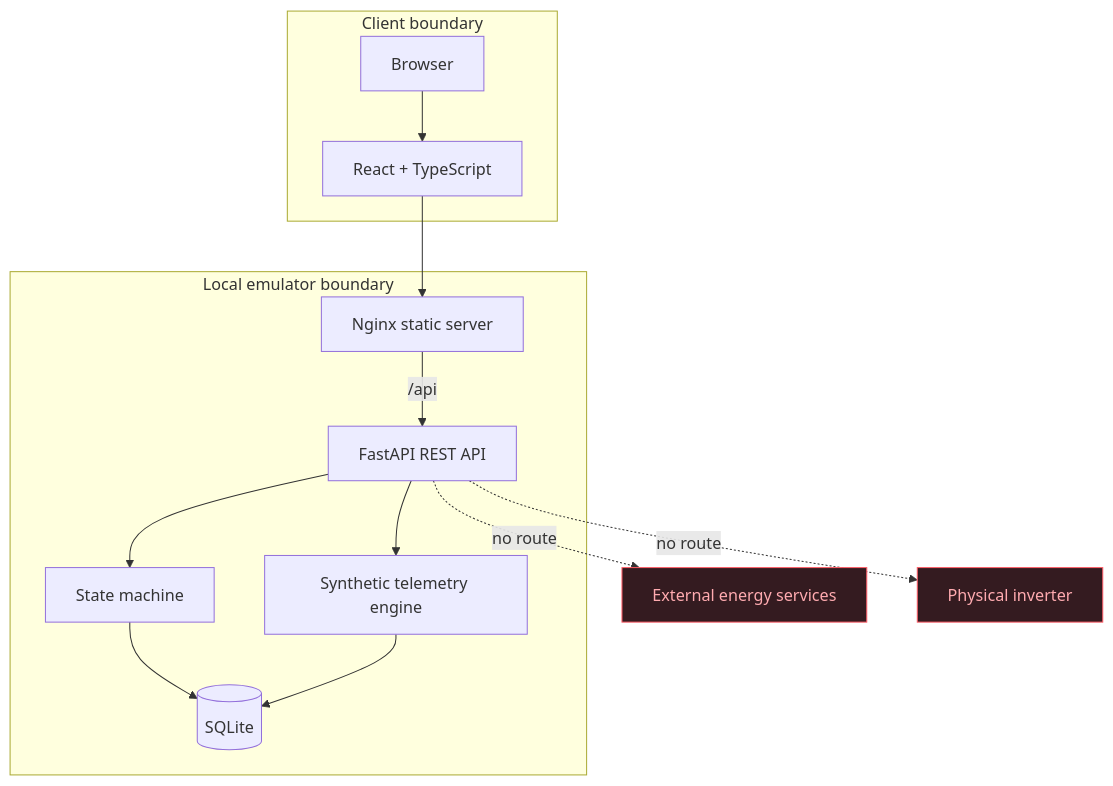
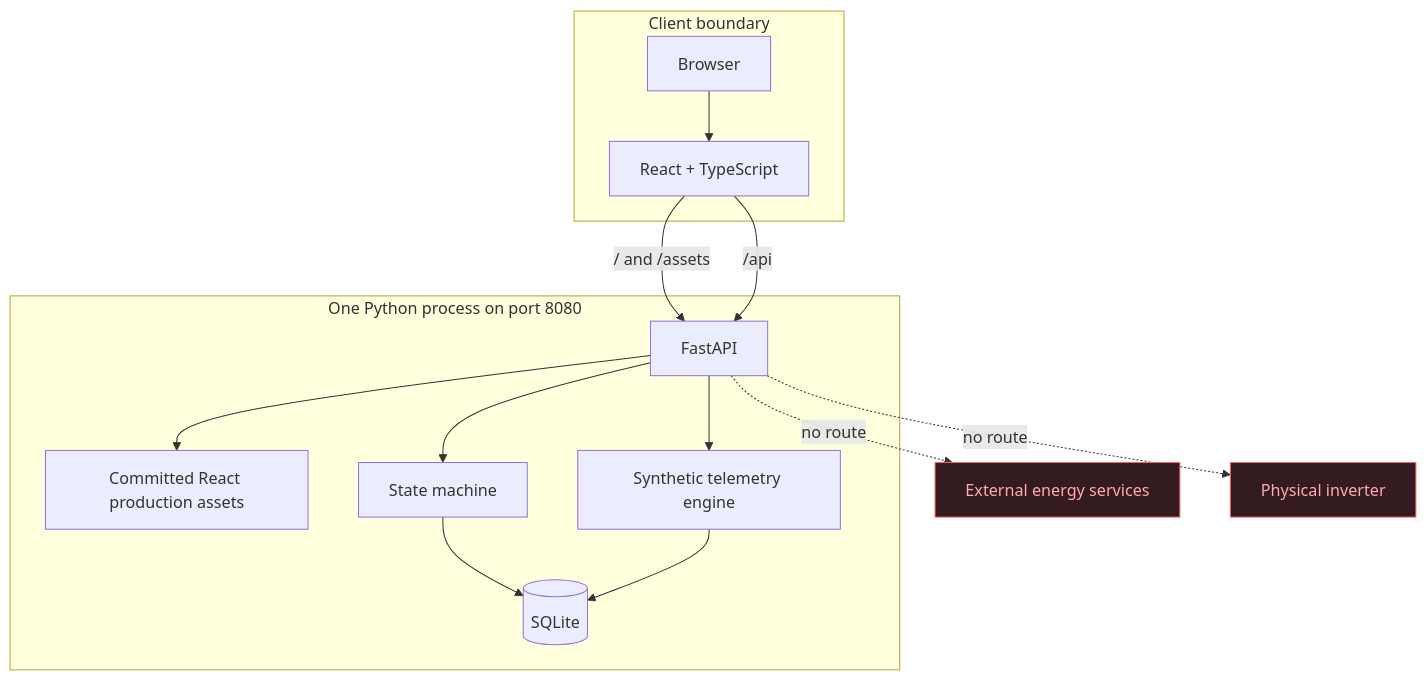
Before and after one commit to The-AnhTa/semsplus-local-emulator: the diagram in docs/architecture.md, drawn with Mermaid. The commit also changed other lines of this file and 17 other files, not shown here.

````diff
--- a/docs/architecture.md
+++ b/docs/architecture.md
@@ -5,26 +5,28 @@
 ```mermaid
 flowchart TB
     subgraph Client[Client boundary]
       B[Browser]
       R[React + TypeScript]
     end
-    subgraph Emulator[Local emulator boundary]
-      N[Nginx static server]
-      A[FastAPI REST API]
+    subgraph Emulator[One Python process on port 8080]
+      A[FastAPI]
+      S[Committed React production assets]
       M[State machine]
       T[Synthetic telemetry engine]
       D[(SQLite)]
     end
     X[External energy services]:::blocked
     I[Physical inverter]:::blocked
 
-    B --> R --> N
-    N -->|/api| A
+    B --> R
+    R -->|/ and /assets| A
+    A --> S
+    R -->|/api| A
     A --> M
     A --> T
     M --> D
     T --> D
     A -. no route .-> X
     A -. no route .-> I
     classDef blocked fill:#341b20,stroke:#ff5d67,color:#ffabb0
 ```
````
